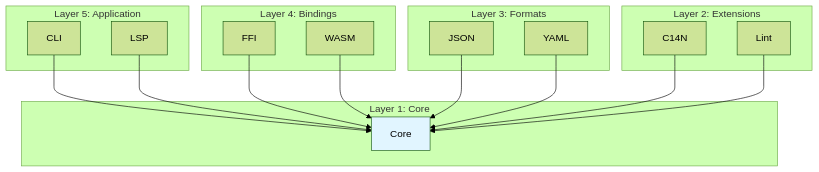
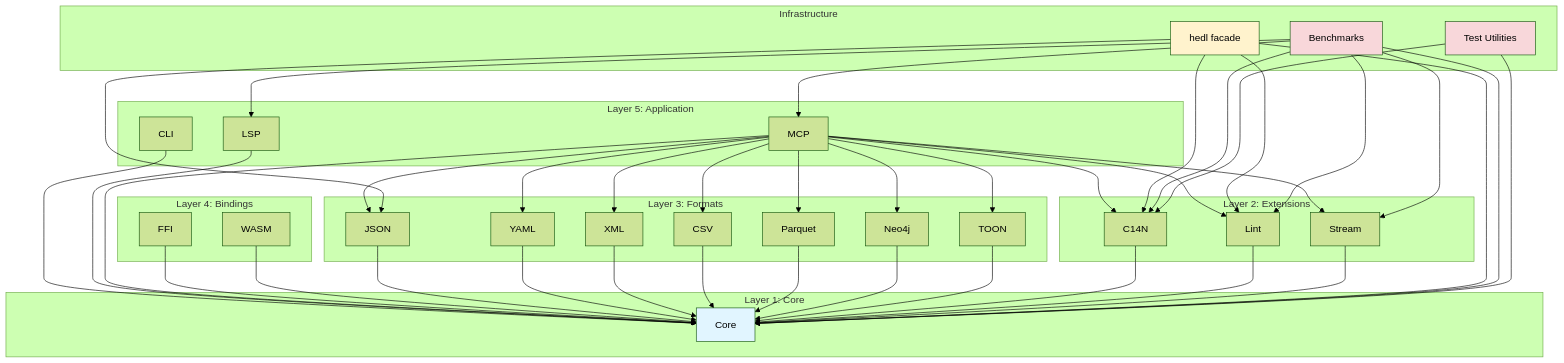
One commit to dweve-ai/hedl changed the third of 4 diagrams in docs/architecture/diagrams/component-relationships.md. Above: the diagram before and after it, drawn with Mermaid (forest theme). The commit also changed other lines of this file and 735 other files, not shown here.

````diff
--- a/docs/architecture/diagrams/component-relationships.md
+++ b/docs/architecture/diagrams/component-relationships.md
@@ -108,37 +134,82 @@
 ```mermaid
 graph TB
     subgraph "Layer 5: Application"
         CLI[CLI]
         LSP[LSP]
+        MCP[MCP]
     end
 
     subgraph "Layer 4: Bindings"
         FFI[FFI]
         WASM[WASM]
     end
 
     subgraph "Layer 3: Formats"
         JSON[JSON]
         YAML[YAML]
+        XML[XML]
+        CSV[CSV]
+        PARQUET[Parquet]
+        NEO4J[Neo4j]
+        TOON[TOON]
     end
 
     subgraph "Layer 2: Extensions"
         C14N[C14N]
         LINT[Lint]
+        STREAM[Stream]
     end
 
     subgraph "Layer 1: Core"
         CORE[Core]
     end
 
+    subgraph "Infrastructure"
+        FACADE[hedl facade]
+        BENCH[Benchmarks]
+        TEST[Test Utilities]
+    end
+
     CLI --> CORE
     LSP --> CORE
+    MCP --> CORE
+    MCP --> JSON
+    MCP --> YAML
+    MCP --> XML
+    MCP --> CSV
+    MCP --> PARQUET
+    MCP --> NEO4J
+    MCP --> TOON
+    MCP --> C14N
+    MCP --> LINT
+    MCP --> STREAM
     FFI --> CORE
     WASM --> CORE
     JSON --> CORE
     YAML --> CORE
+    XML --> CORE
+    CSV --> CORE
+    PARQUET --> CORE
+    NEO4J --> CORE
+    TOON --> CORE
     C14N --> CORE
     LINT --> CORE
+    STREAM --> CORE
+    FACADE --> CORE
+    FACADE --> C14N
+    FACADE --> JSON
+    FACADE --> LINT
+    BENCH --> CORE
+    BENCH --> STREAM
+    BENCH --> C14N
+    BENCH --> LINT
+    BENCH --> LSP
+    BENCH --> MCP
+    TEST --> CORE
+    TEST --> C14N
 
     style CORE fill:#e1f5ff
+    style FACADE fill:#fff3cd
+    style BENCH fill:#f8d7da
+    style TEST fill:#f8d7da
 ```
````
